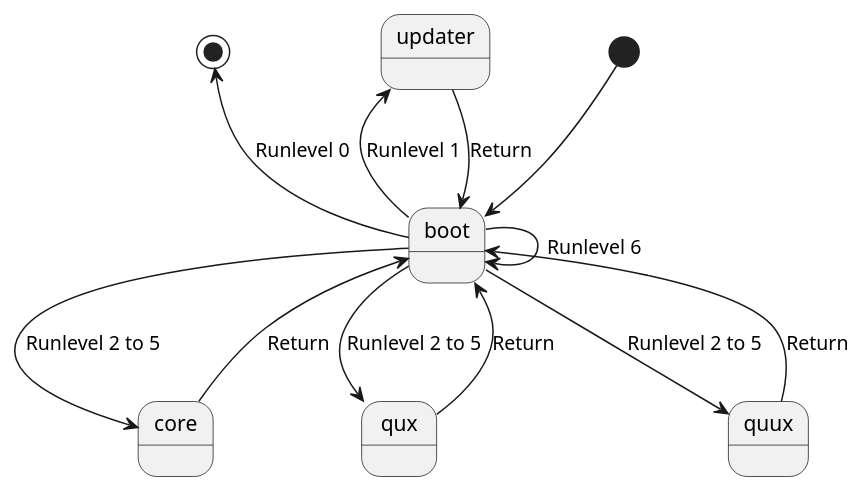
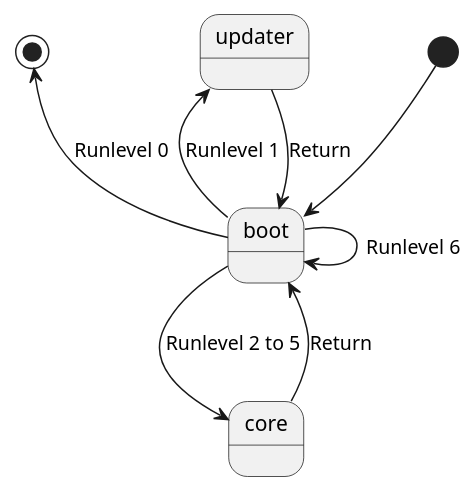
The second of 2 diagrams in README.md (kokabe2/surfes), drawn with PlantUML before and after one commit. The commit also changed other lines of this file, not shown here.

````diff
--- a/README.md
+++ b/README.md
@@ -62,21 +51,17 @@
 ```plantuml
 @startuml state machine diagram
 skinparam {
     defaultFontName Ricty Diminished
     monochrome true
 }
 
 [*] --> boot
 boot -left-> updater : Runlevel 1
 updater --> boot : Return
 boot --> core : Runlevel 2 to 5
 core --> boot : Return
-boot --> qux : Runlevel 2 to 5
-qux --> boot : Return
-boot --> quux : Runlevel 2 to 5
-quux --> boot : Return
 boot --> boot : Runlevel 6
 boot -up-> [*] : Runlevel 0
 
 @enduml
 ```
````
